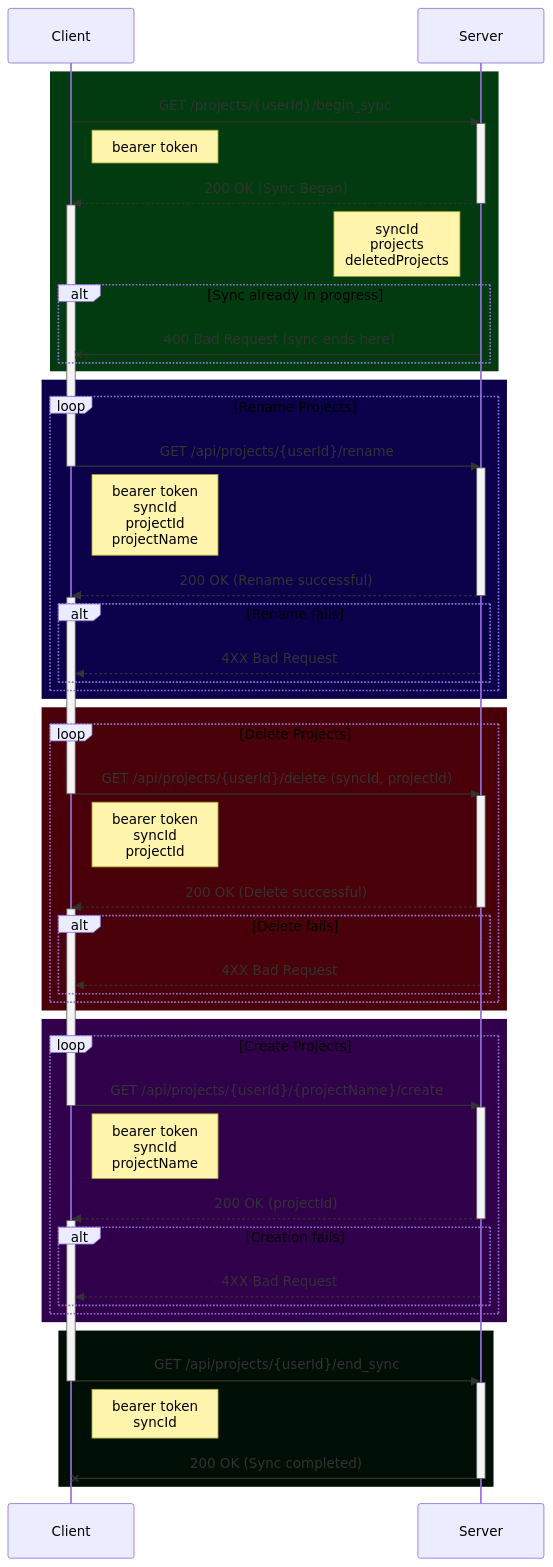
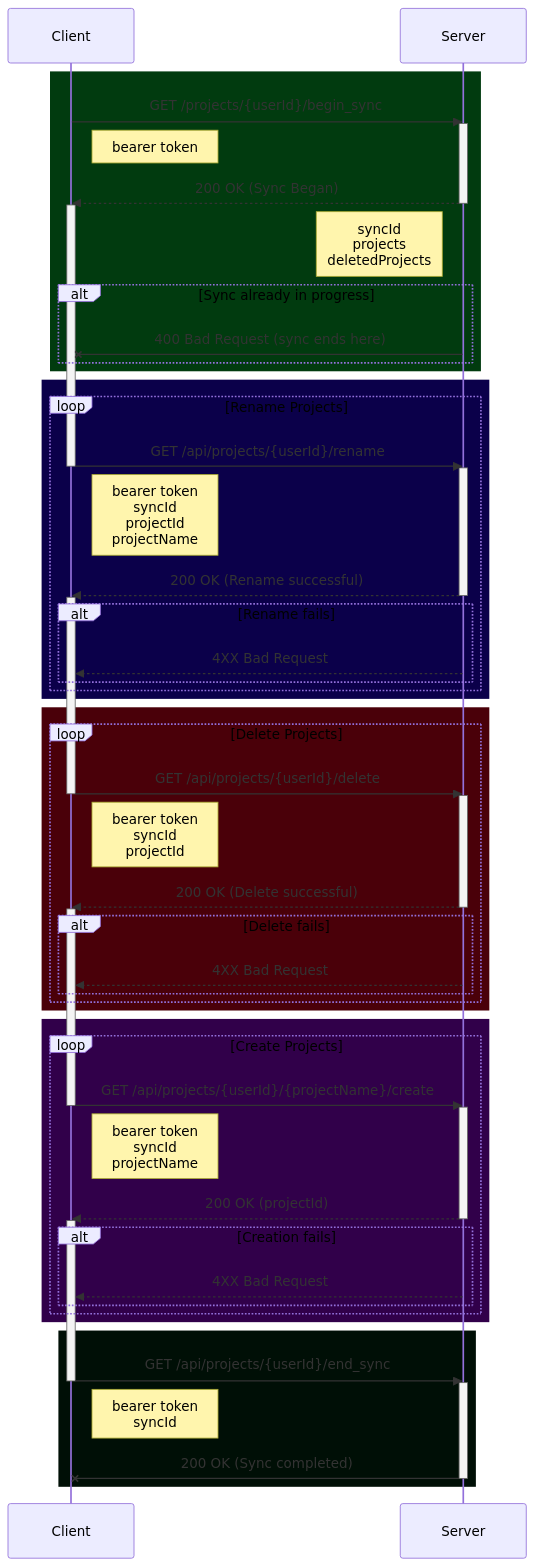
The diagram in docs/SYNCING-PROTOCOL.md (Wavesonics/hammer-editor), drawn with Mermaid before and after one commit.

````diff
--- a/docs/SYNCING-PROTOCOL.md
+++ b/docs/SYNCING-PROTOCOL.md
@@ -71,72 +71,72 @@
 ```mermaid
 sequenceDiagram
 	participant Client as Client
 	participant Server as Server
 
 	rect rgb(1, 59, 15)
 		Client ->> Server: GET /projects/{userId}/begin_sync
 		activate Server
 		Note right of Client: bearer token
 		Server -->> Client: 200 OK (Sync Began)
 		deactivate Server
 		activate Client
 		Note left of Server: syncId<br/>projects<br/>deletedProjects
 		alt Sync already in progress
 			Server -x Client: 400 Bad Request (sync ends here)
 		end
 	end
 	rect rgb(11, 0, 74)
 		loop Rename Projects
 			Client ->> Server: GET /api/projects/{userId}/rename
 			deactivate Client
 			activate Server
 			Note right of Client: bearer token <br/> syncId <br/> projectId <br/> projectName
 			Server -->> Client: 200 OK (Rename successful)
 			deactivate Server
 			activate Client
 			alt Rename fails
 				Server -->> Client: 4XX Bad Request
 			end
 		end
 	end
 
 	rect rgb(74, 0, 9)
 		loop Delete Projects
-			Client ->> Server: GET /api/projects/{userId}/delete (syncId, projectId)
+			Client ->> Server: GET /api/projects/{userId}/delete
 			deactivate Client
 			activate Server
 			Note right of Client: bearer token <br/> syncId <br/> projectId
 			Server -->> Client: 200 OK (Delete successful)
 			deactivate Server
 			activate Client
 			alt Delete fails
 				Server -->> Client: 4XX Bad Request
 			end
 		end
 	end
 
 	rect rgb(49, 0, 74)
 		loop Create Projects
 			Client ->> Server: GET /api/projects/{userId}/{projectName}/create
 			deactivate Client
 			activate Server
 			Note right of Client: bearer token <br/> syncId <br/> projectName
 			Server -->> Client: 200 OK (projectId)
 			deactivate Server
 			activate Client
 			alt Creation fails
 				Server -->> Client: 4XX Bad Request
 			end
 		end
 	end
 
 	rect rgb(0, 15, 6)
 		Client ->> Server: GET /api/projects/{userId}/end_sync
 		deactivate Client
 		activate Server
 		Note right of Client: bearer token <br/> syncId
 		Server -x Client: 200 OK (Sync completed)
 		deactivate Server
 	end
 
 ```
````
